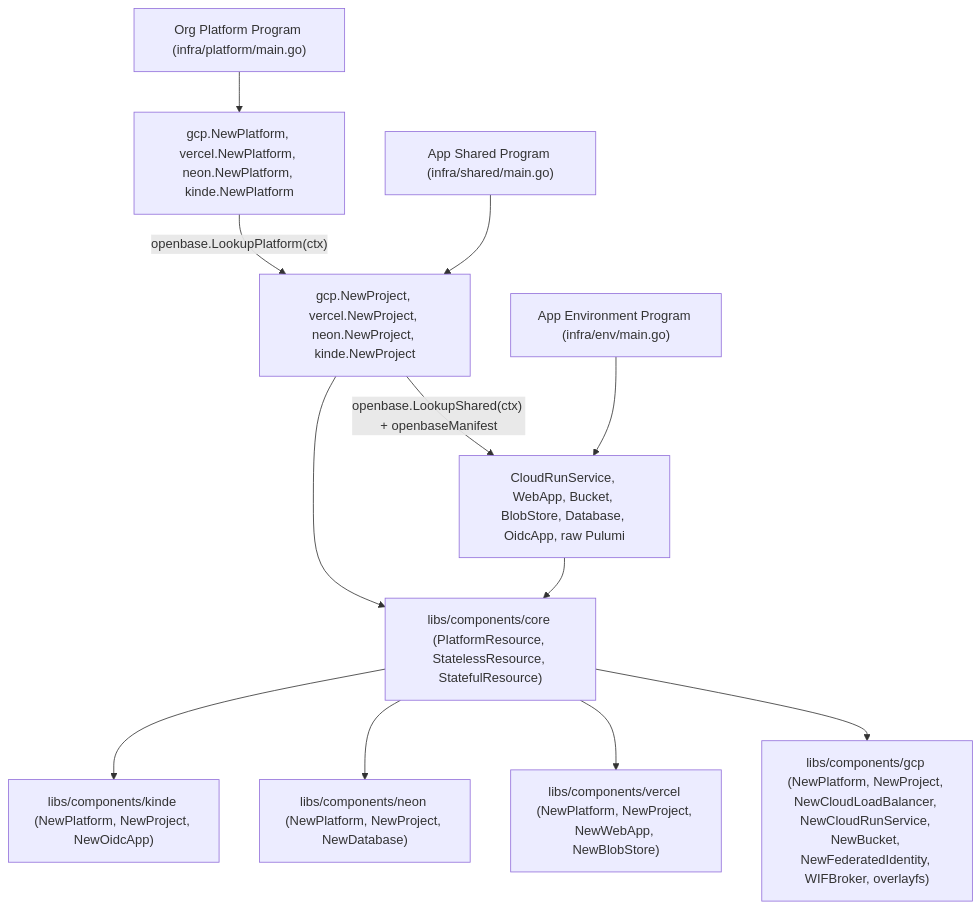
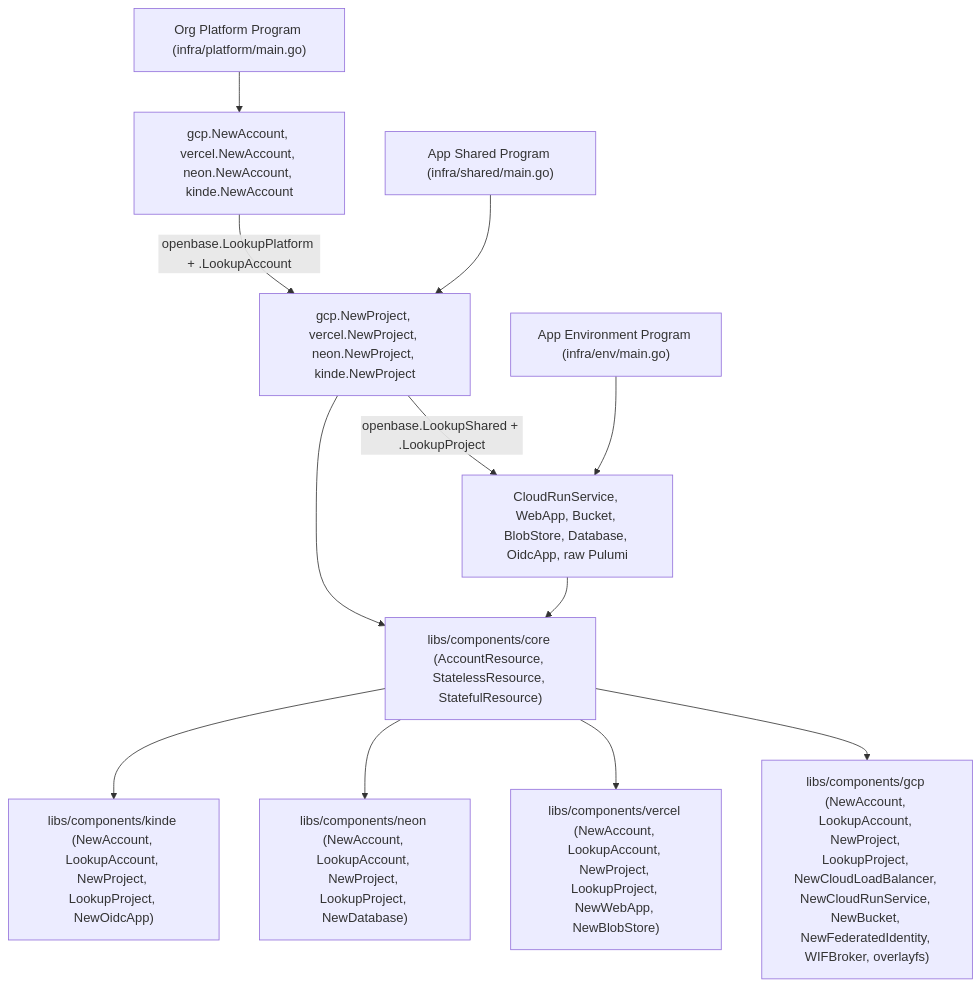
The diagram in README.md (cloudvoyant/openbase), drawn with Mermaid before and after one commit. The commit also changed other lines of this file and 64 other files, not shown here.

First line of the commit message:
refactor(components): adopt NewAccount and typed cross-stack lookups

````diff
--- a/README.md
+++ b/README.md
@@ -5,14 +5,14 @@
 ```mermaid
 flowchart TD
-    OrgProg["Org Platform Program (infra/platform/main.go)"] --> OrgBlocks["gcp.NewPlatform, vercel.NewPlatform, neon.NewPlatform, kinde.NewPlatform"]
+    OrgProg["Org Platform Program (infra/platform/main.go)"] --> OrgBlocks["gcp.NewAccount, vercel.NewAccount, neon.NewAccount, kinde.NewAccount"]
     ProjProg["App Shared Program (infra/shared/main.go)"] --> ProjBlocks["gcp.NewProject, vercel.NewProject, neon.NewProject, kinde.NewProject"]
     EnvProg["App Environment Program (infra/env/main.go)"] --> EnvBlocks["CloudRunService, WebApp, Bucket, BlobStore, Database, OidcApp, raw Pulumi"]
-    OrgBlocks -->|"openbase.LookupPlatform(ctx)"| ProjBlocks
-    ProjBlocks -->|"openbase.LookupShared(ctx) + openbaseManifest"| EnvBlocks
-    ProjBlocks --> Core["libs/components/core (PlatformResource, StatelessResource, StatefulResource)"]
+    OrgBlocks -->|"openbase.LookupPlatform + <pkg>.LookupAccount"| ProjBlocks
+    ProjBlocks -->|"openbase.LookupShared + <pkg>.LookupProject"| EnvBlocks
+    ProjBlocks --> Core["libs/components/core (AccountResource, StatelessResource, StatefulResource)"]
     EnvBlocks --> Core
-    Core --> GCP["libs/components/gcp (NewPlatform, NewProject, NewCloudLoadBalancer, NewCloudRunService, NewBucket, NewFederatedIdentity, WIFBroker, overlayfs)"]
-    Core --> Vercel["libs/components/vercel (NewPlatform, NewProject, NewWebApp, NewBlobStore)"]
-    Core --> Neon["libs/components/neon (NewPlatform, NewProject, NewDatabase)"]
-    Core --> Kinde["libs/components/kinde (NewPlatform, NewProject, NewOidcApp)"]
+    Core --> GCP["libs/components/gcp (NewAccount, LookupAccount, NewProject, LookupProject, NewCloudLoadBalancer, NewCloudRunService, NewBucket, NewFederatedIdentity, WIFBroker, overlayfs)"]
+    Core --> Vercel["libs/components/vercel (NewAccount, LookupAccount, NewProject, LookupProject, NewWebApp, NewBlobStore)"]
+    Core --> Neon["libs/components/neon (NewAccount, LookupAccount, NewProject, LookupProject, NewDatabase)"]
+    Core --> Kinde["libs/components/kinde (NewAccount, LookupAccount, NewProject, LookupProject, NewOidcApp)"]
 ```
````
